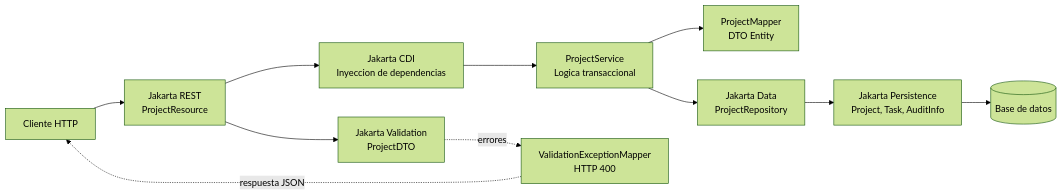
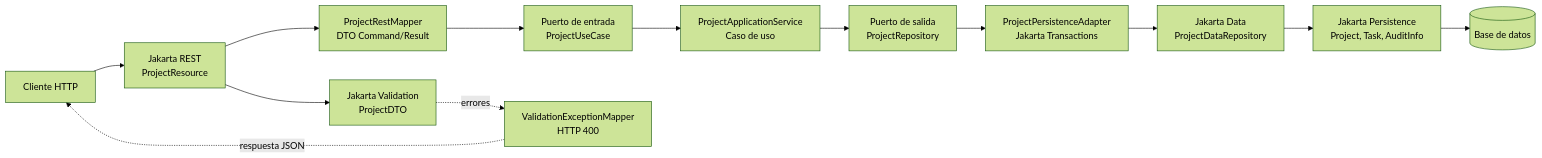
The diagram in expo-01-data-path/project-tracker/README.md (apuntesdejava/jakarta-ee-glassfish-developer-full-path), drawn with Mermaid (forest theme) before and after one commit. The commit also changed other lines of this file and 26 other files, not shown here.

First line of the commit message:
feat: Add MySQL database configuration and implement project tracking REST API

````diff
--- a/expo-01-data-path/project-tracker/README.md
+++ b/expo-01-data-path/project-tracker/README.md
@@ -31,14 +37,16 @@
 ```mermaid
 flowchart LR
     Client[Cliente HTTP] --> REST[Jakarta REST<br/>ProjectResource]
     REST --> Validation[Jakarta Validation<br/>ProjectDTO]
-    REST --> CDI[Jakarta CDI<br/>Inyeccion de dependencias]
-    CDI --> Service[ProjectService<br/>Logica transaccional]
-    Service --> Mapper[ProjectMapper<br/>DTO Entity]
-    Service --> Data[Jakarta Data<br/>ProjectRepository]
+    REST --> RestMapper[ProjectRestMapper<br/>DTO Command/Result]
+    RestMapper --> InPort[Puerto de entrada<br/>ProjectUseCase]
+    InPort --> App[ProjectApplicationService<br/>Caso de uso]
+    App --> OutPort[Puerto de salida<br/>ProjectRepository]
+    OutPort --> Adapter[ProjectPersistenceAdapter<br/>Jakarta Transactions]
+    Adapter --> Data[Jakarta Data<br/>ProjectDataRepository]
     Data --> JPA[Jakarta Persistence<br/>Project, Task, AuditInfo]
     JPA --> DB[(Base de datos)]
 
     Validation -. errores .-> ExceptionMapper[ValidationExceptionMapper<br/>HTTP 400]
     ExceptionMapper -. respuesta JSON .-> Client
 ```
````
